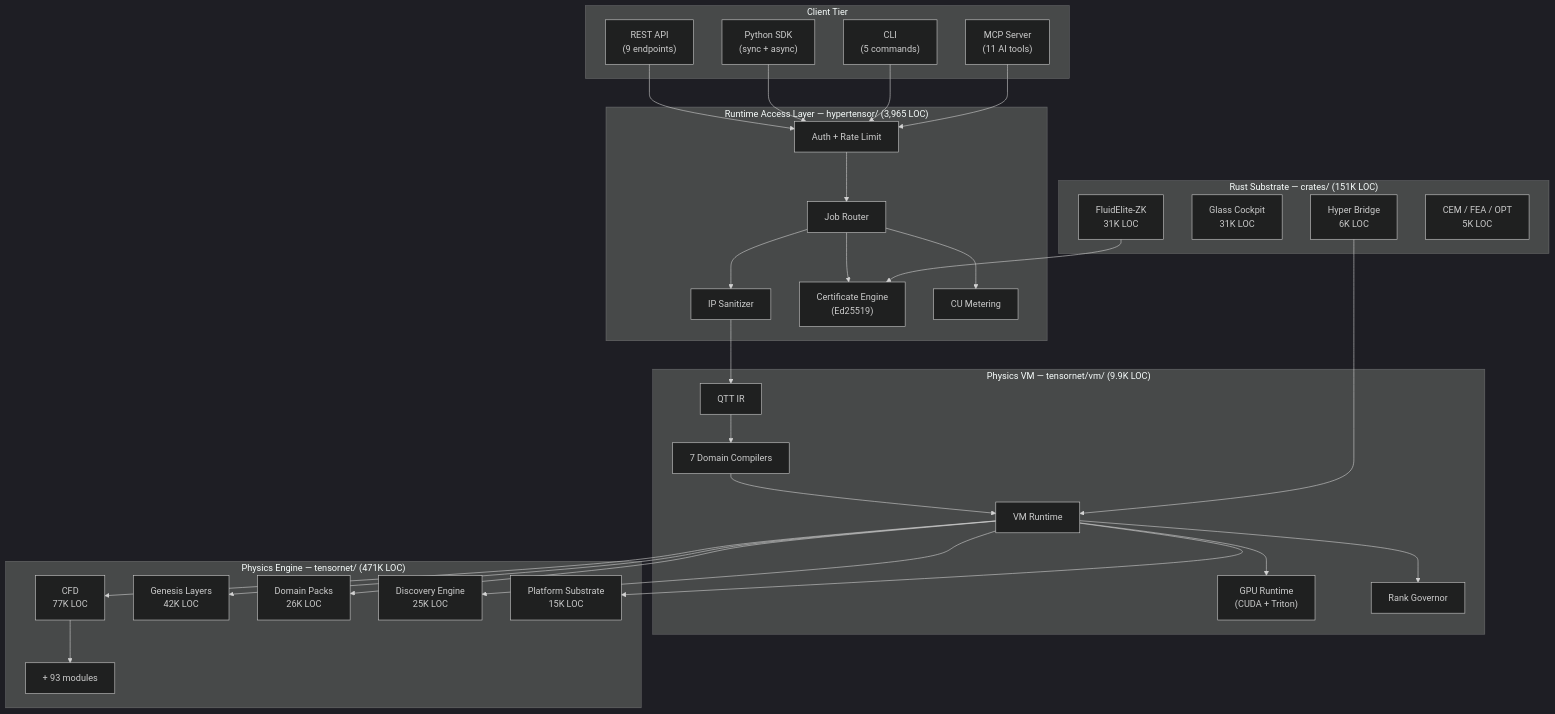
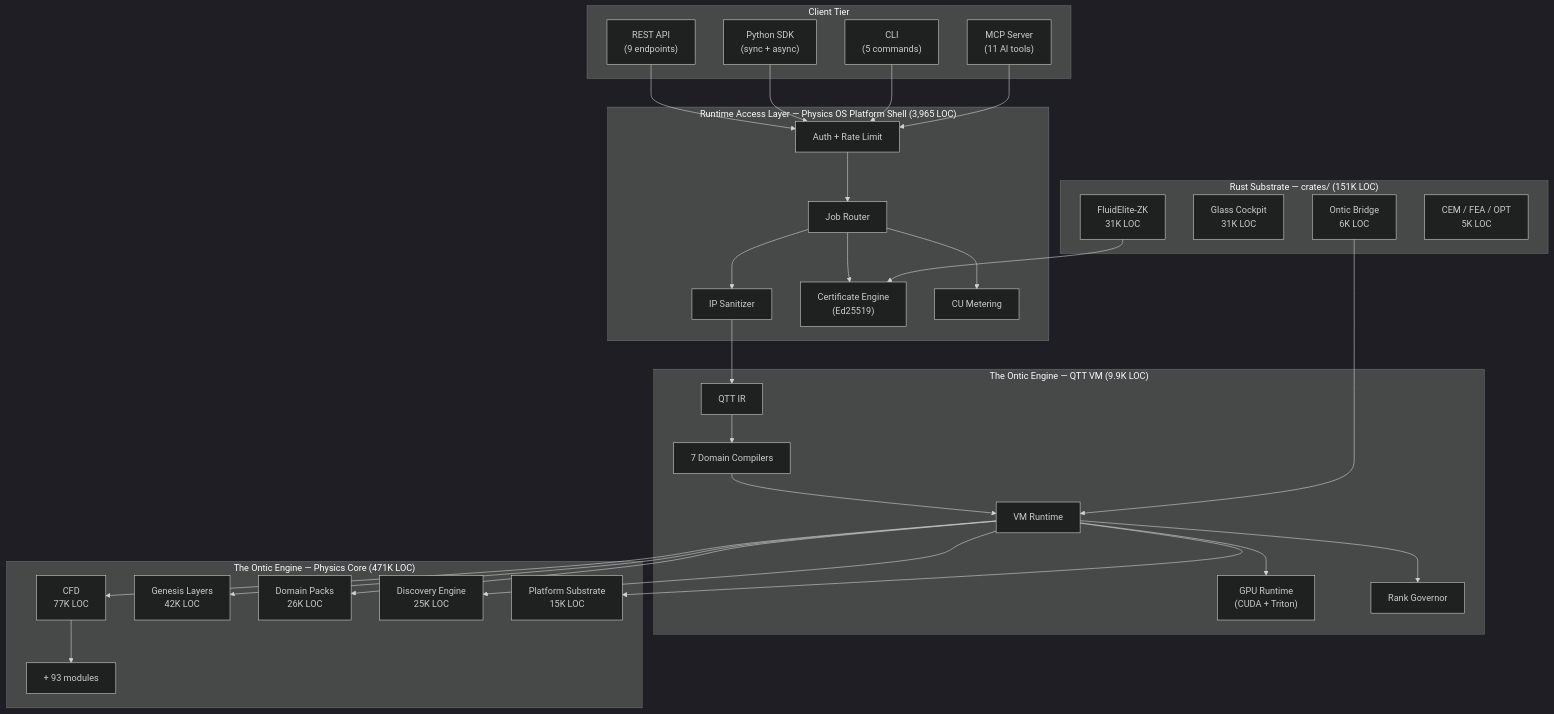
The first of 3 diagrams in ARCHITECTURE.md (tigantic/physics-os), drawn with Mermaid (dark theme) before and after one commit. The commit also changed other lines of this file and 10 other files, not shown here.

First line of the commit message:
brand: introduce The Physics OS / The Ontic Engine identity

````diff
--- a/ARCHITECTURE.md
+++ b/ARCHITECTURE.md
@@ -15,63 +15,63 @@
 ```mermaid
 graph TB
     subgraph "Client Tier"
         REST["REST API<br/>(9 endpoints)"]
         SDK["Python SDK<br/>(sync + async)"]
         CLI["CLI<br/>(5 commands)"]
         MCP["MCP Server<br/>(11 AI tools)"]
     end
 
-    subgraph "Runtime Access Layer — hypertensor/ (3,965 LOC)"
+    subgraph "Runtime Access Layer — Physics OS Platform Shell (3,965 LOC)"
         AUTH["Auth + Rate Limit"]
         ROUTER["Job Router"]
         SANITIZER["IP Sanitizer"]
         CERTS["Certificate Engine<br/>(Ed25519)"]
         METER["CU Metering"]
     end
 
-    subgraph "Physics VM — tensornet/vm/ (9.9K LOC)"
+    subgraph "The Ontic Engine — QTT VM (9.9K LOC)"
         IR["QTT IR"]
         COMPILER["7 Domain Compilers"]
         RUNTIME["VM Runtime"]
         GPU["GPU Runtime<br/>(CUDA + Triton)"]
         RANK["Rank Governor"]
     end
 
-    subgraph "Physics Engine — tensornet/ (471K LOC)"
+    subgraph "The Ontic Engine — Physics Core (471K LOC)"
         CFD["CFD<br/>77K LOC"]
         GENESIS["Genesis Layers<br/>42K LOC"]
         PACKS["Domain Packs<br/>26K LOC"]
         DISCOVER["Discovery Engine<br/>25K LOC"]
         PLATFORM["Platform Substrate<br/>15K LOC"]
         MORE["+ 93 modules"]
     end
 
     subgraph "Rust Substrate — crates/ (151K LOC)"
         FE_ZK["FluidElite-ZK<br/>31K LOC"]
         COCKPIT["Glass Cockpit<br/>31K LOC"]
-        BRIDGE["Hyper Bridge<br/>6K LOC"]
+        BRIDGE["Ontic Bridge<br/>6K LOC"]
         SOLVERS["CEM / FEA / OPT<br/>5K LOC"]
     end
 
     REST --> AUTH
     SDK --> AUTH
     CLI --> AUTH
     MCP --> AUTH
     AUTH --> ROUTER
     ROUTER --> SANITIZER
     ROUTER --> CERTS
     ROUTER --> METER
     SANITIZER --> IR
     IR --> COMPILER
     COMPILER --> RUNTIME
     RUNTIME --> GPU
     RUNTIME --> RANK
     RUNTIME --> CFD
     RUNTIME --> GENESIS
     RUNTIME --> PACKS
     RUNTIME --> DISCOVER
     RUNTIME --> PLATFORM
     CFD --> MORE
     BRIDGE --> RUNTIME
     FE_ZK --> CERTS
 ```
````
